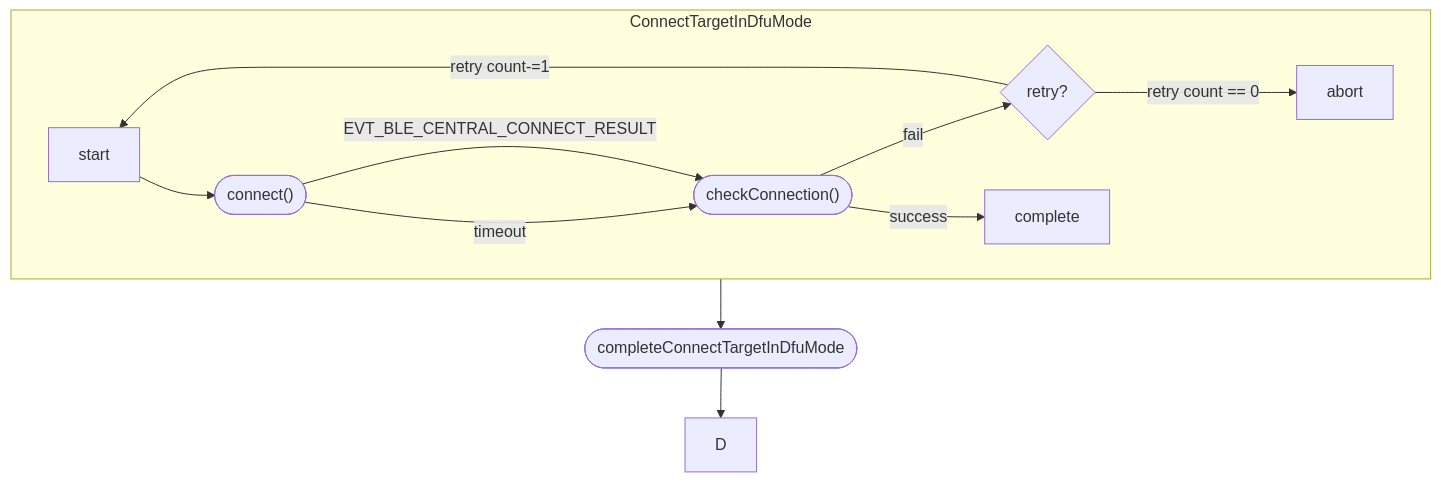
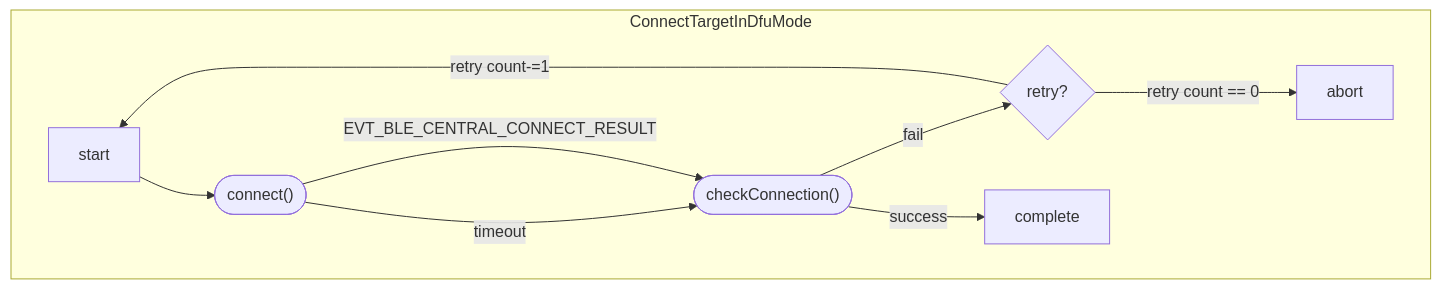
One commit to crownstone/bluenet changed the second of 4 diagrams in docs/components/diagrams_temp.md. Above: the diagram before and after it, drawn with Mermaid. The commit also changed other lines of this file, not shown here.

Commit message:
finish waitForTargetReboot

````diff
--- a/docs/components/diagrams_temp.md
+++ b/docs/components/diagrams_temp.md
@@ -77,22 +77,20 @@
 ```mermaid
 flowchart TD;
     subgraph M["ConnectTargetInDfuMode"]
         direction LR
         M_S[start]
         M_C[complete]
         M_A[abort]
         M_CON(["connect()"])
         M_CHE(["checkConnection()"])
         M_RET{retry?}
         
         M_S --> M_CON-->|timeout| M_CHE
         M_CON -->|EVT_BLE_CENTRAL_CONNECT_RESULT| M_CHE
 
         M_CHE -->|fail| M_RET
         M_CHE -->|success| M_C
         M_RET -->|retry count-=1| M_S
         M_RET -->|retry count == 0| M_A
     end
-
-    M -->M_COMPLETE([completeConnectTargetInDfuMode]) --> D
 ```
````
